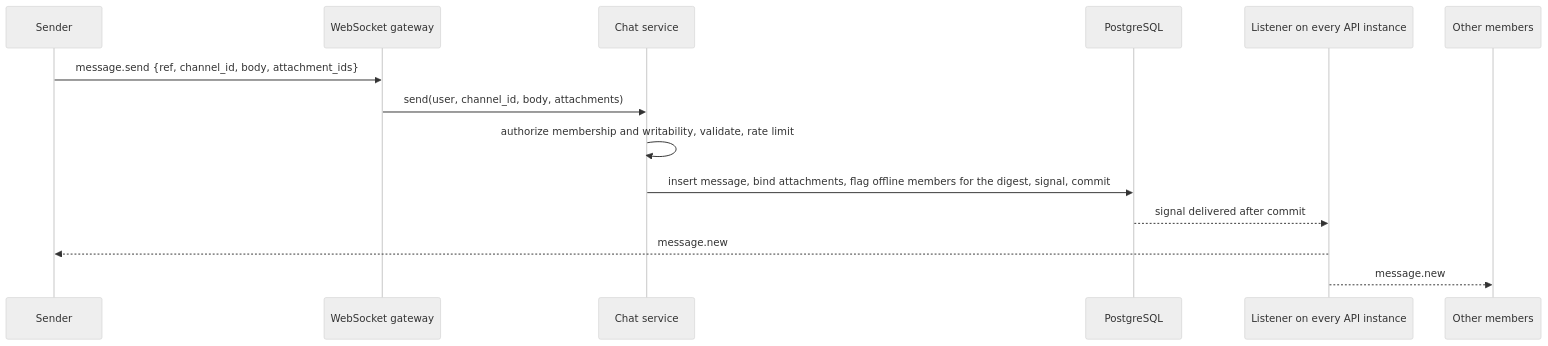
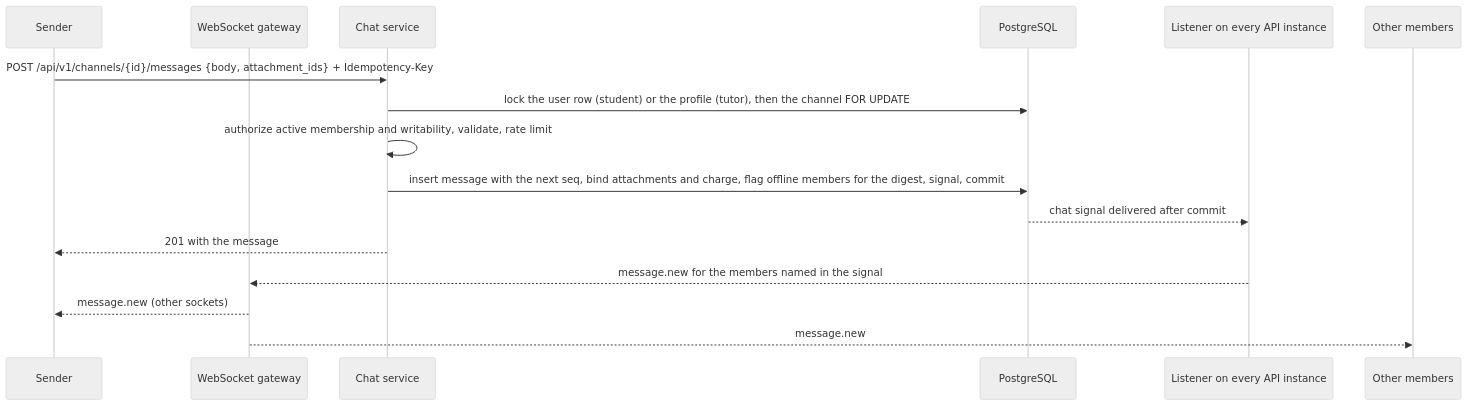
One commit to klukashka/ovc changed the first of 3 diagrams in knowledge/specs/realtime-and-video.md. Above: the diagram before and after it, drawn with Mermaid (neutral theme). The commit also changed other lines of this file and 18 other files, not shown here.

````diff
--- a/knowledge/specs/realtime-and-video.md
+++ b/knowledge/specs/realtime-and-video.md
@@ -150,16 +193,18 @@
 ```mermaid
 sequenceDiagram
   participant A as Sender
   participant GW as WebSocket gateway
   participant SVC as Chat service
   participant DB as PostgreSQL
   participant BC as Listener on every API instance
   participant B as Other members
-  A->>GW: message.send {ref, channel_id, body, attachment_ids}
-  GW->>SVC: send(user, channel_id, body, attachments)
-  SVC->>SVC: authorize membership and writability, validate, rate limit
-  SVC->>DB: insert message, bind attachments, flag offline members for the digest, signal, commit
-  DB-->>BC: signal delivered after commit
-  BC-->>A: message.new
-  BC-->>B: message.new
+  A->>SVC: POST /api/v1/channels/{id}/messages {body, attachment_ids} + Idempotency-Key
+  SVC->>DB: lock the user row (student) or the profile (tutor), then the channel FOR UPDATE
+  SVC->>SVC: authorize active membership and writability, validate, rate limit
+  SVC->>DB: insert message with the next seq, bind attachments and charge, flag offline members for the digest, signal, commit
+  DB-->>BC: chat signal delivered after commit
+  SVC-->>A: 201 with the message
+  BC-->>GW: message.new for the members named in the signal
+  GW-->>A: message.new (other sockets)
+  GW-->>B: message.new
 ```
````
